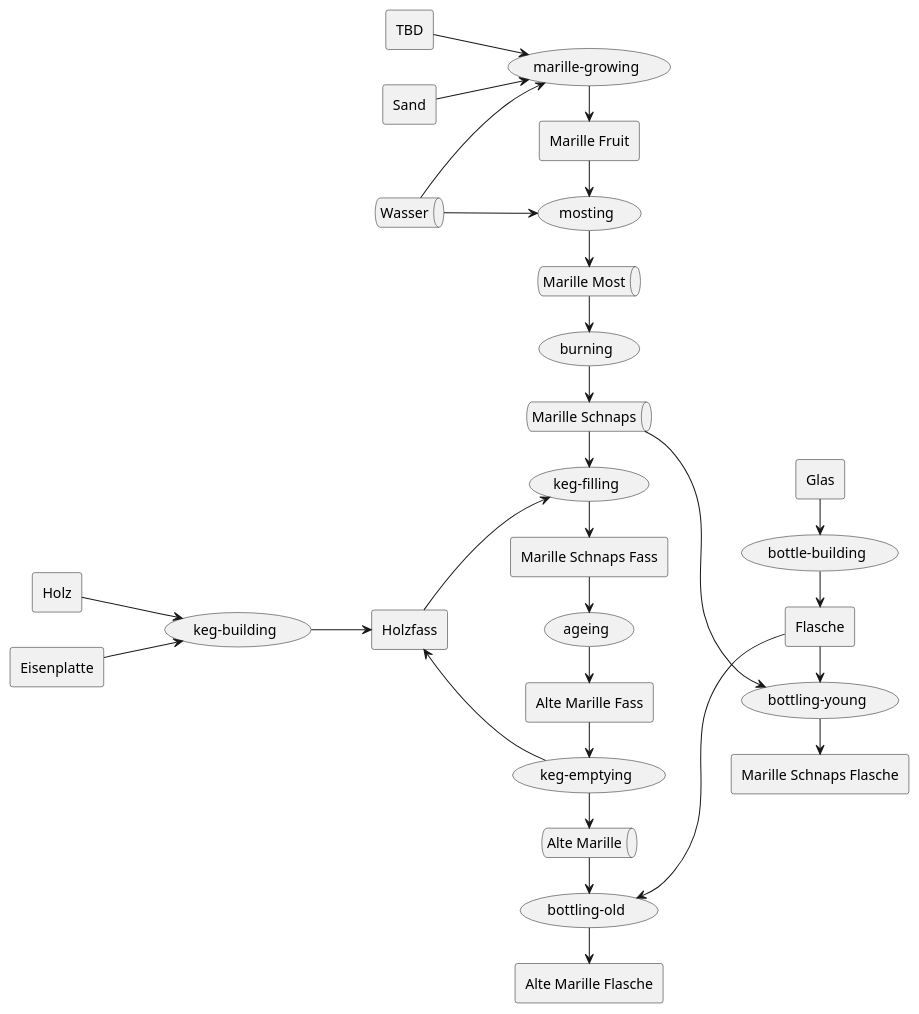
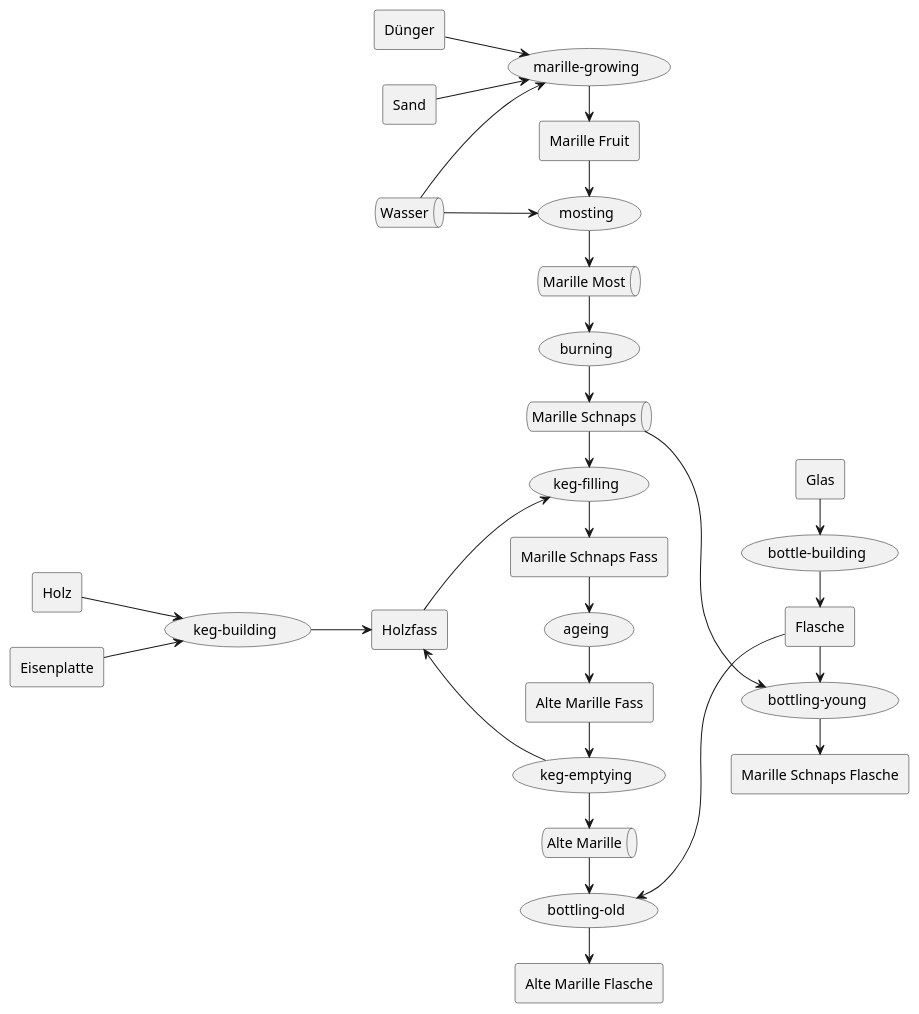
One commit to SebastianRoese/factorio-marille-mod changed the diagram in overview.puml. Above: the diagram before and after it, drawn with PlantUML. The commit also changed 2 other files, not shown here.

Commit message:
Add marille fruit recipe

```diff
--- a/overview.puml
+++ b/overview.puml
@@ -1,64 +1,64 @@
 @startuml
 left to right direction
 
 agent "Marille Fruit" as marille_fruit
 queue "Marille Most" as marille_most
 queue "Marille Schnaps" as marille_young
 agent "Marille Schnaps Flasche" as marille_bottled_young
 agent "Marille Schnaps Fass" as marille_keg_young
 agent "Alte Marille Fass" as marille_keg_old
 queue "Alte Marille" as marille_old
 agent "Alte Marille Flasche" as marille_bottled_old
 
-agent "TBD" as tbd
+agent "Dünger" as fertelizer
 queue "Wasser" as water
 agent "Sand" as sand
 agent "Glas" as glass
 agent "Holz" as wood
 agent "Eisenplatte" as iron_plate
 
 agent "Flasche" as bottle
 agent "Holzfass" as keg
 
 keg -down-> (keg-filling)
 (keg-emptying) -up-> keg
 
 wood -down-> (keg-building)
 iron_plate -down-> (keg-building)
 (keg-building) -down-> keg
 
 glass -> (bottle-building)
 (bottle-building) -> bottle
 
-tbd -down-> (marille-growing)
+fertelizer -down-> (marille-growing)
 water -down-> (marille-growing)
 sand -down-> (marille-growing)
 (marille-growing) -> marille_fruit
 
 marille_fruit -> (mosting)
 water -down-> (mosting)
 (mosting) -> marille_most
 
 marille_most -> (burning)
 (burning) -> marille_young
 
 marille_young -down-> (bottling-young)
 bottle -> (bottling-young)
 (bottling-young) -> marille_bottled_young
 
 marille_young -> (keg-filling)
 (keg-filling) -> marille_keg_young
 
 marille_keg_young -> (ageing)
 (ageing) -> marille_keg_old
 
 marille_keg_old -> (keg-emptying)
 (keg-emptying) -> marille_old
 
 marille_old -> (bottling-old)
 bottle -up-> (bottling-old)
 (bottling-old) -> marille_bottled_old
 
 hide circle
 hide empty member
 @enduml
```
